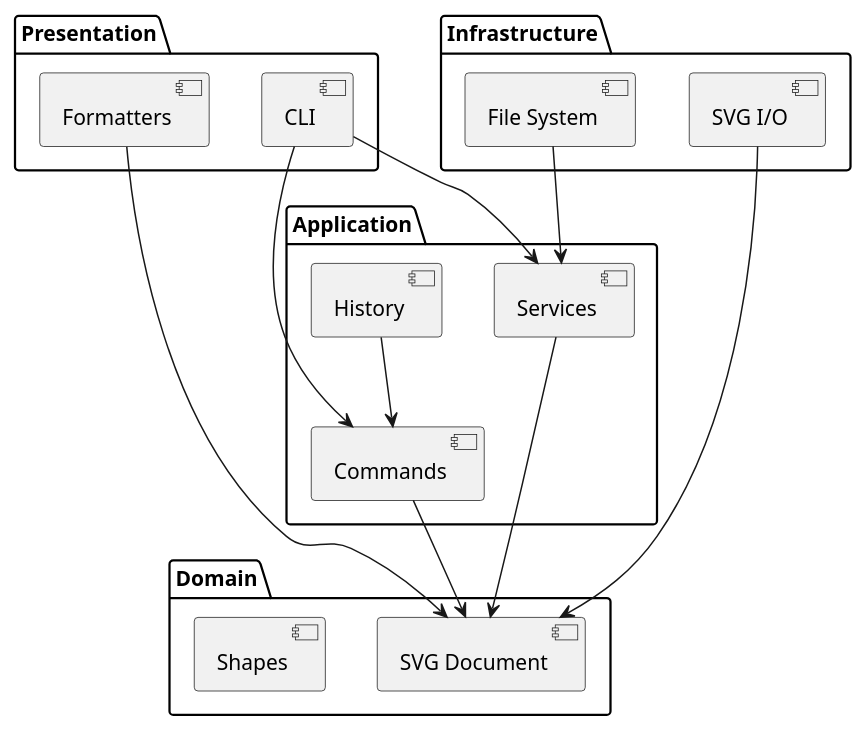
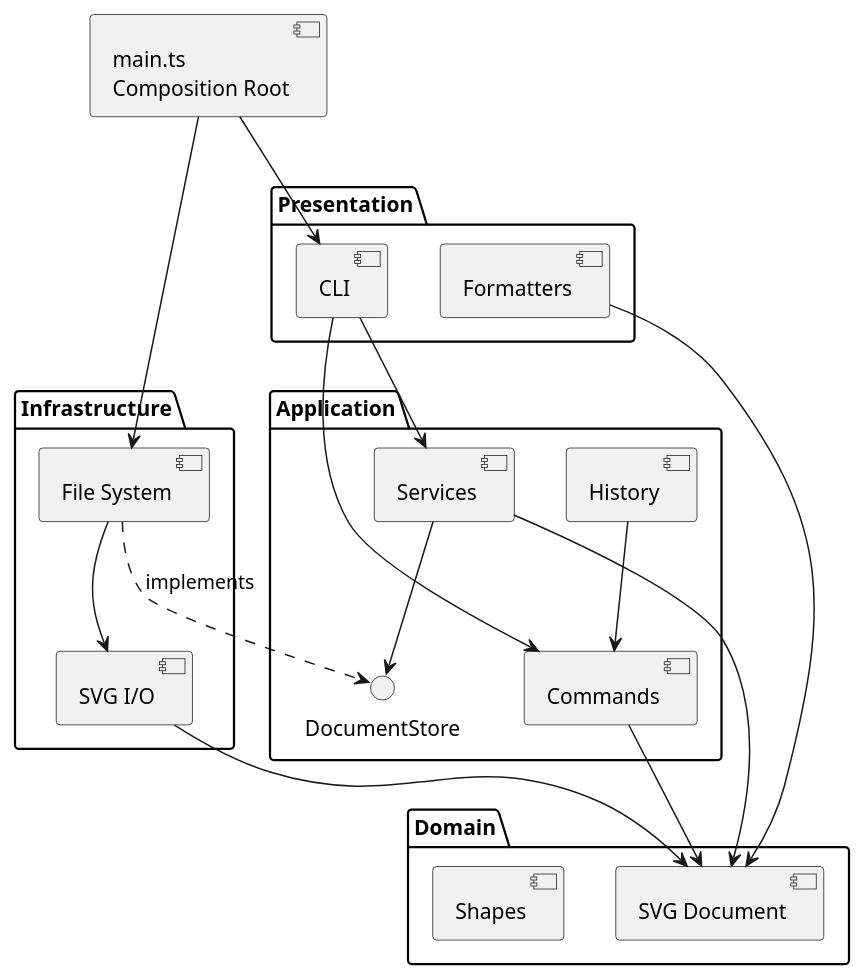
One commit to onlyoneee/svg-editor changed the diagram in doc/README.md. Above: the diagram before and after it, drawn with PlantUML. The commit also changed other lines of this file and 1 other file, not shown here.

Commit message:
docs: finalize architecture and consistency review

````diff
--- a/doc/README.md
+++ b/doc/README.md
@@ -17,33 +17,40 @@
 ```plantuml
 @startuml
+component "main.ts\nComposition Root" as Main
+
 package "Presentation" {
   [CLI]
   [Formatters]
 }
 
 package "Application" {
   [Commands]
   [History]
   [Services]
+  interface "DocumentStore" as StorePort
 }
 
 package "Domain" {
   [SVG Document]
   [Shapes]
 }
 
 package "Infrastructure" {
   [SVG I/O]
   [File System]
 }
 
+Main --> [CLI]
+Main --> [File System]
 [CLI] --> [Commands]
 [CLI] --> [Services]
 [Formatters] --> [SVG Document]
 [Commands] --> [SVG Document]
 [History] --> [Commands]
 [Services] --> [SVG Document]
+[Services] --> StorePort
 [SVG I/O] --> [SVG Document]
-[File System] --> [Services]
+[File System] ..> StorePort : implements
+[File System] --> [SVG I/O]
 @enduml
 ```
````
